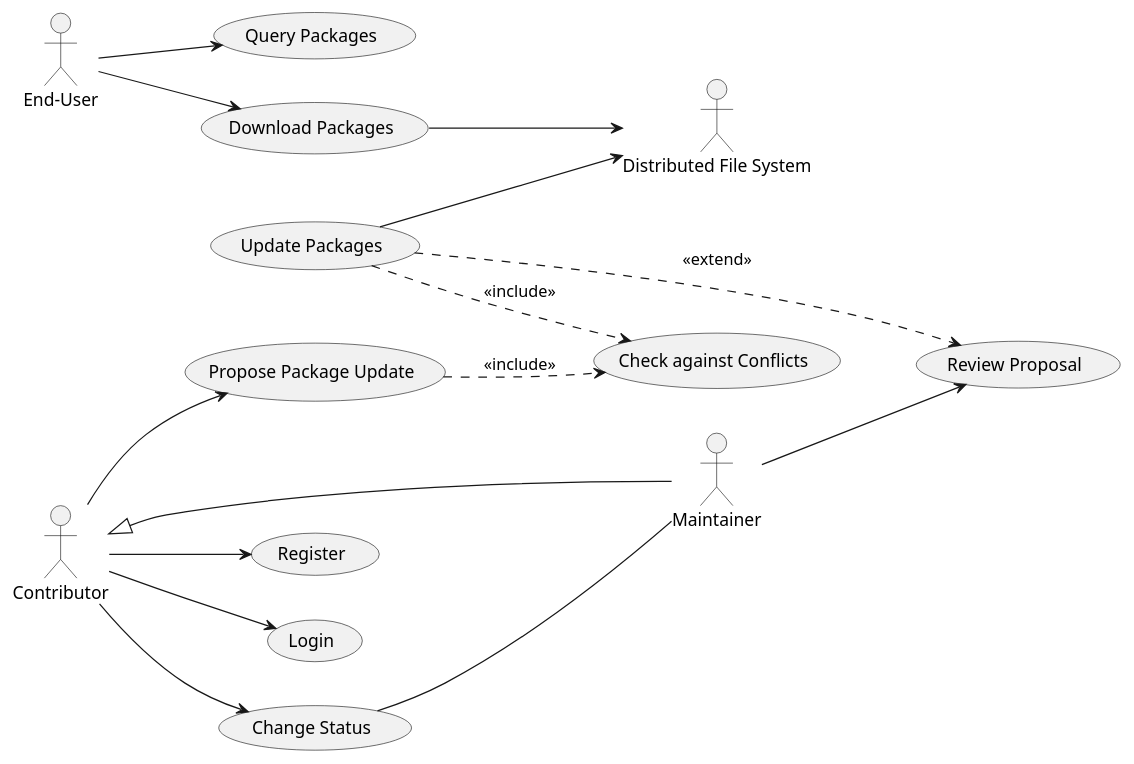
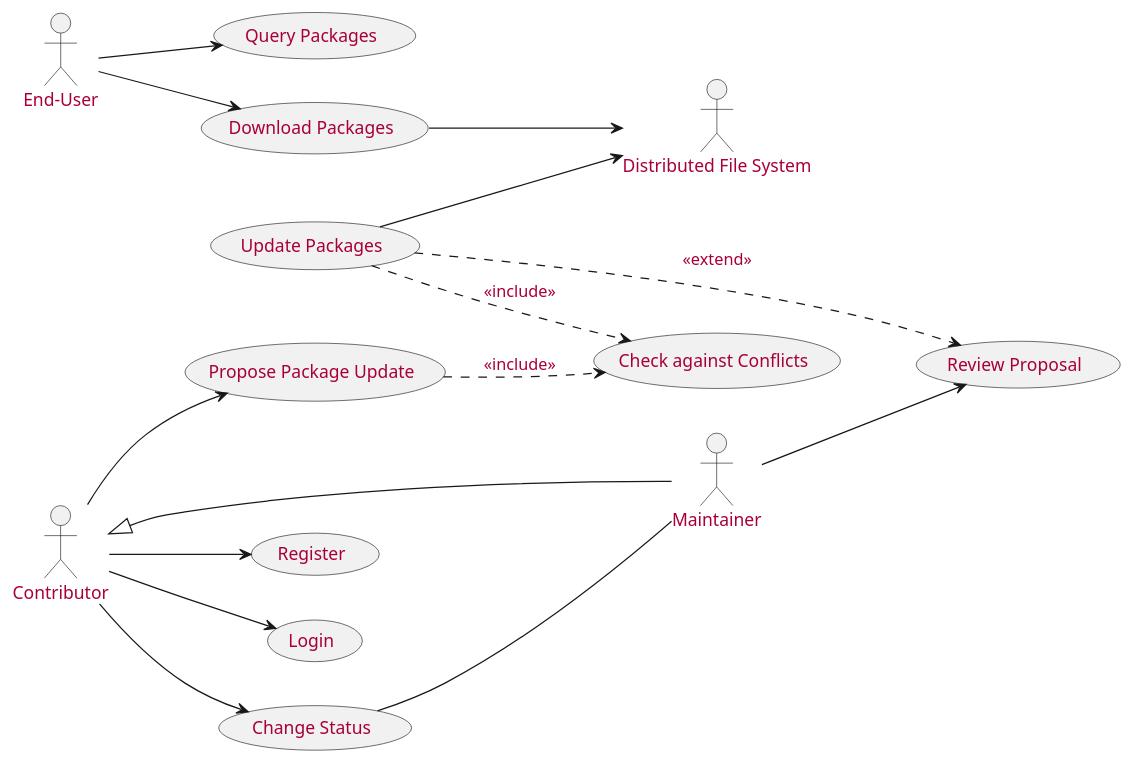
The diagram in source/requirements/use-case-model.rst (McSinyx/ipppi), drawn with PlantUML before and after one commit. The commit also changed 1 other file, not shown here.

Commit message:
Support dark furo and nitpick

```diff
--- a/source/requirements/use-case-model.rst
+++ b/source/requirements/use-case-model.rst
@@ -4,40 +4,41 @@
 .. uml::
 
+   skinparam defaultFontColor #a80036
    left to right direction
 
    actor "End-User" as User
    actor Contributor
    actor Maintainer
    actor "Distributed File System" as IPFS
 
    usecase "Download Packages" as Download
    usecase "Query Packages" as Query
 
    usecase Register
    usecase Login
    usecase "Change Status" as Change
 
    usecase "Propose Package Update" as Propose
    usecase "Check against Conflicts" as Check
    usecase "Review Proposal" as Review
    usecase "Update Packages" as Update
 
    User --> Query
    User --> Download
    Download --> IPFS
 
    Contributor --> Register
    Contributor --> Login
 
    Contributor --> Propose
    Propose ..> Check : <<include>>
 
    Contributor --> Change
    Change -- Maintainer
 
    Maintainer --|> Contributor
    Maintainer --> Review
 
    Update ..> Review : <<extend>>
    Update ..> Check : <<include>>
    Update --> IPFS
```
